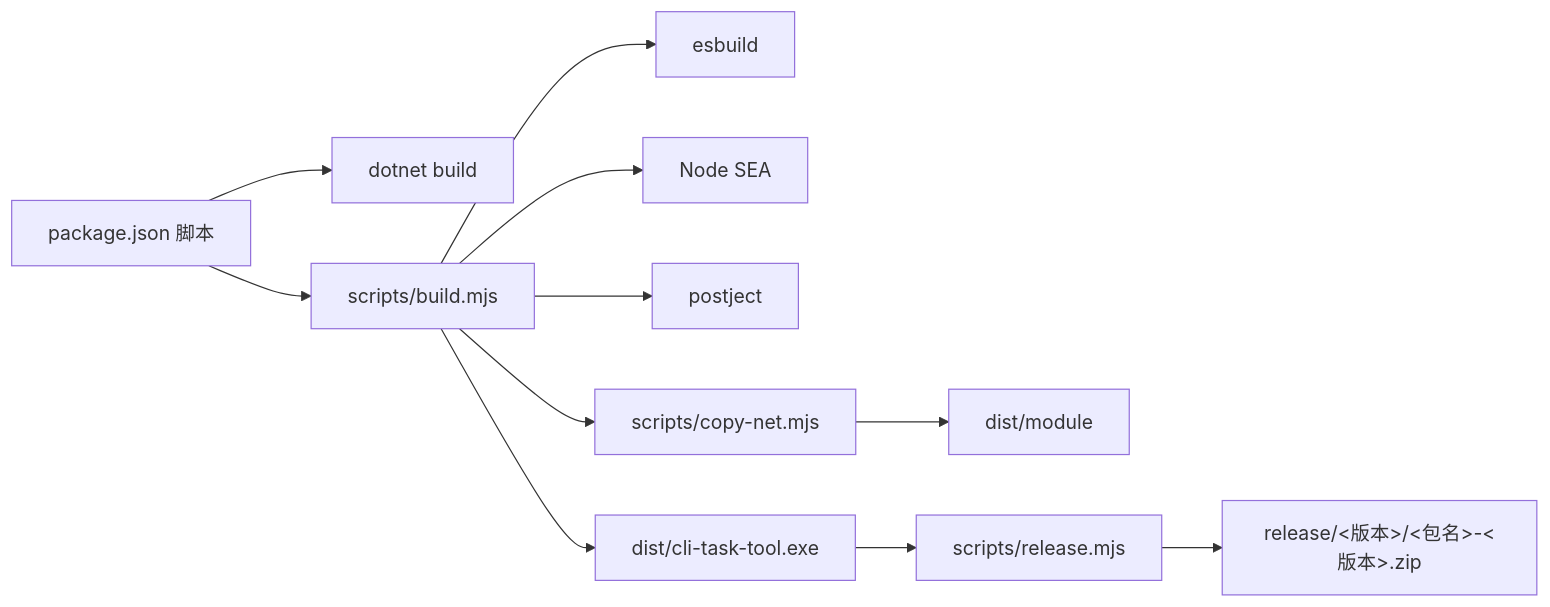
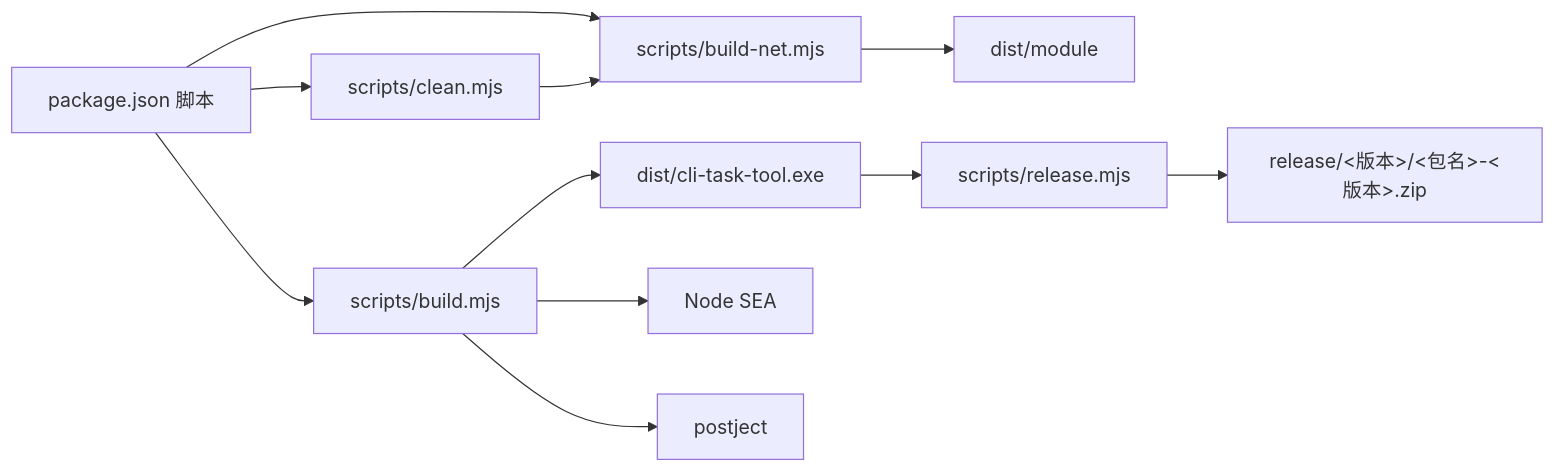
One commit to hllshiro/doc2md-cli changed the fifth of 5 diagrams in .qoder/repowiki/zh/content/构建与部署.md. Above: the diagram before and after it, drawn with Mermaid. The commit also changed other lines of this file and 3 other files, not shown here.

````diff
--- a/.qoder/repowiki/zh/content/构建与部署.md
+++ b/.qoder/repowiki/zh/content/构建与部署.md
@@ -286,13 +333,13 @@
 ```mermaid
 graph LR
-PKG["package.json 脚本"] --> NETB["dotnet build"]
+PKG["package.json 脚本"] --> CLN["scripts/clean.mjs"]
+PKG --> NETB["scripts/build-net.mjs"]
 PKG --> BLD["scripts/build.mjs"]
-BLD --> ESB["esbuild"]
+CLN --> NETB
+NETB --> MOD["dist/module"]
+BLD --> EXE["dist/cli-task-tool.exe"]
 BLD --> SEA["Node SEA"]
 BLD --> PJ["postject"]
-BLD --> CPN["scripts/copy-net.mjs"]
-CPN --> MOD["dist/module"]
-BLD --> EXE["dist/cli-task-tool.exe"]
 EXE --> REL["scripts/release.mjs"]
 REL --> ZIP["release/<版本>/<包名>-<版本>.zip"]
 ```
````
